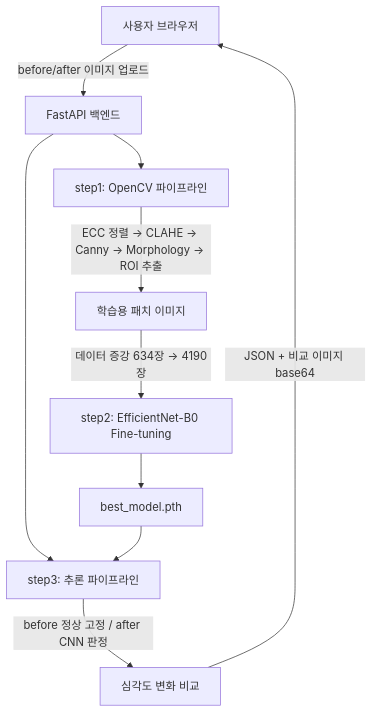
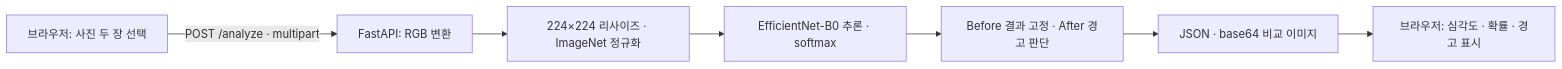
One commit to rkdwltn1211/vehicle-damage-detection changed the diagram in README.md. Above: the diagram before and after it, drawn with Mermaid. The commit also changed other lines of this file, not shown here.

````diff
--- a/README.md
+++ b/README.md
@@ -53,14 +40,9 @@
 ```mermaid
-graph TD
-    A[사용자 브라우저] -->|before/after 이미지 업로드| B[FastAPI 백엔드]
-
-    B --> C[step1: OpenCV 파이프라인]
-    C -->|ECC 정렬 → CLAHE → Canny → Morphology → ROI 추출| D[학습용 패치 이미지]
-    D -->|데이터 증강 634장 → 4190장| E[step2: EfficientNet-B0 Fine-tuning]
-    E --> F[best_model.pth]
-
-    B --> G[step3: 추론 파이프라인]
-    F --> G
-    G -->|before 정상 고정 / after CNN 판정| H[심각도 변화 비교]
-    H -->|JSON + 비교 이미지 base64| A
+flowchart LR
+    A[브라우저: 사진 두 장 선택] -->|POST /analyze · multipart| B[FastAPI: RGB 변환]
+    B --> C[224×224 리사이즈 · ImageNet 정규화]
+    C --> D[EfficientNet-B0 추론 · softmax]
+    D --> E[Before 결과 고정 · After 경고 판단]
+    E --> F[JSON · base64 비교 이미지]
+    F --> G[브라우저: 심각도 · 확률 · 경고 표시]
 ```
````
